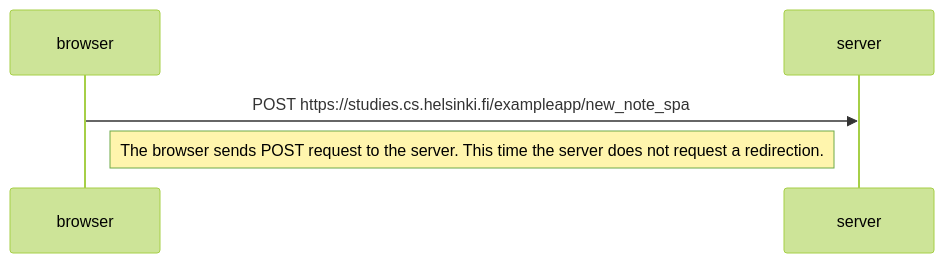
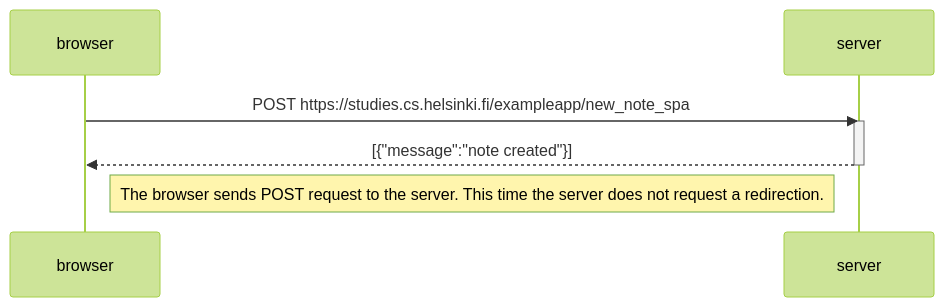
Before and after one commit to jeresotaniemi/full-stack-open-palautukset: the diagram in osa0/0.6.md, drawn with Mermaid (forest theme).

````diff
--- a/osa0/0.6.md
+++ b/osa0/0.6.md
@@ -3,9 +3,13 @@
 ```mermaid
   sequenceDiagram
       participant browser
       participant server
       
       browser->>server: POST https://studies.cs.helsinki.fi/exampleapp/new_note_spa
 
+      activate server
+      server-->>browser: [{"message":"note created"}]
+      deactivate server
+
       Note right of browser: The browser sends POST request to the server. This time the server does not request a redirection.
 ```
````
